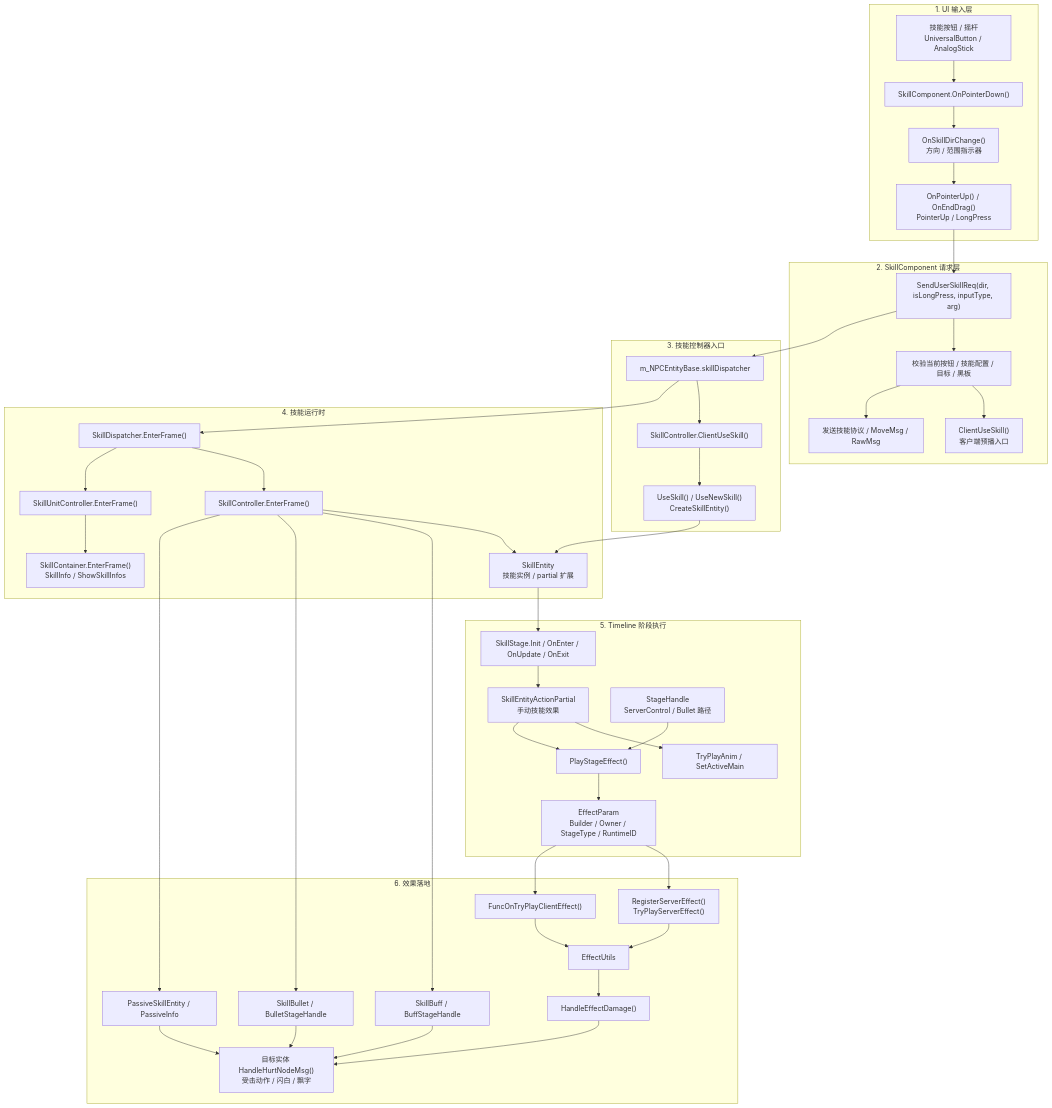
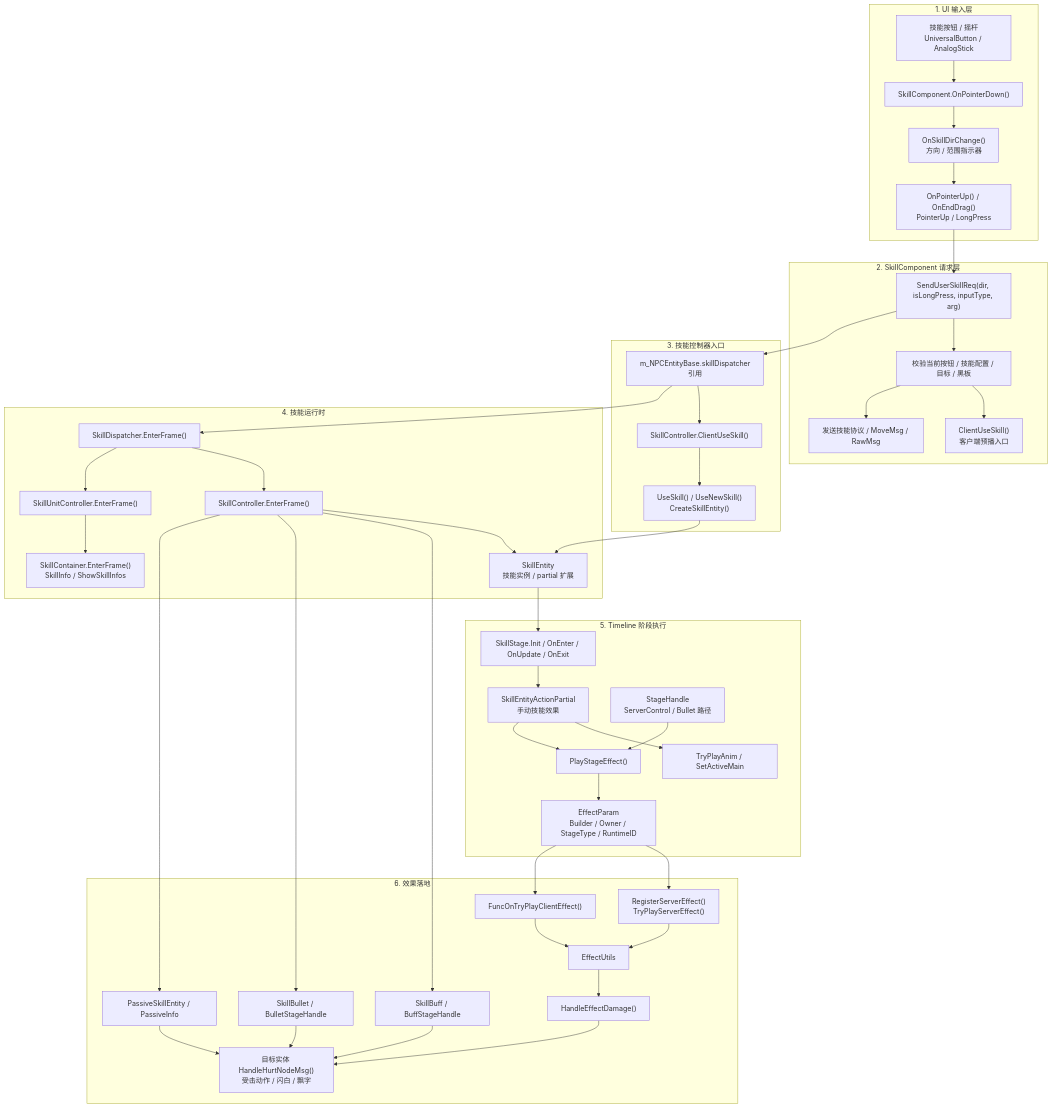
Before and after one commit to BoyLei/Stars: the first of 2 diagrams in diagrams/battle/FLOW_SKILL_CAST_FULL.md, drawn with Mermaid. The commit also changed other lines of this file and 15 other files, not shown here.

```diff
--- a/diagrams/battle/FLOW_SKILL_CAST_FULL.md
+++ b/diagrams/battle/FLOW_SKILL_CAST_FULL.md
@@ -34,7 +34,7 @@
     end
 
     subgraph Control["3. 技能控制器入口"]
-        Entity["m_NPCEntityBase.skillDispatcher"]
+        DispatcherRef["m_NPCEntityBase.skillDispatcher<br/>引用"]
         ClientUse["SkillController.ClientUseSkill()"]
         UseFlow["UseSkill() / UseNewSkill()<br/>CreateSkillEntity()"]
     end
@@ -74,11 +74,11 @@
     Req --> Check
     Check --> ClientPre
     Check --> NetReq
-    Req --> Entity
-    Entity --> ClientUse
+    Req --> DispatcherRef
+    DispatcherRef --> ClientUse
     ClientUse --> UseFlow
     UseFlow --> SkillEntity
-    Entity --> SD
+    DispatcherRef --> SD
     SD --> SC
     SD --> SUC
     SC --> SkillEntity
```
